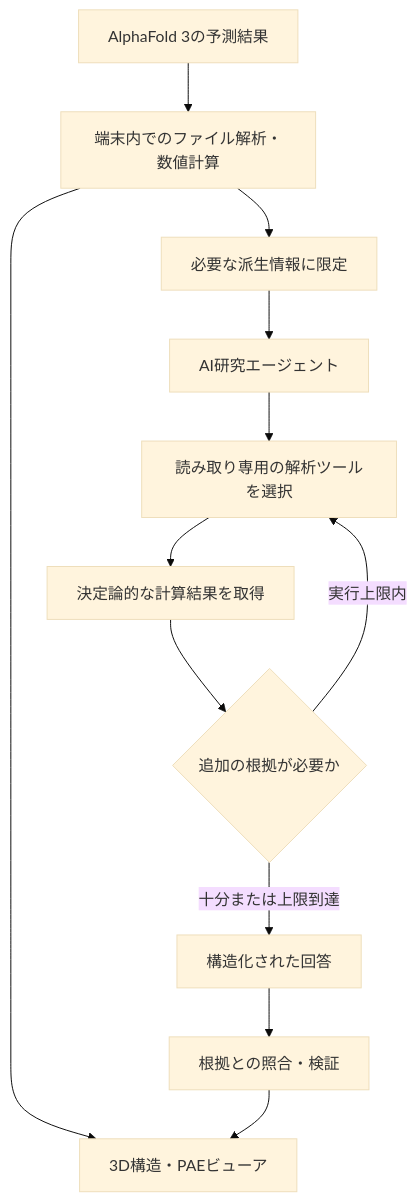
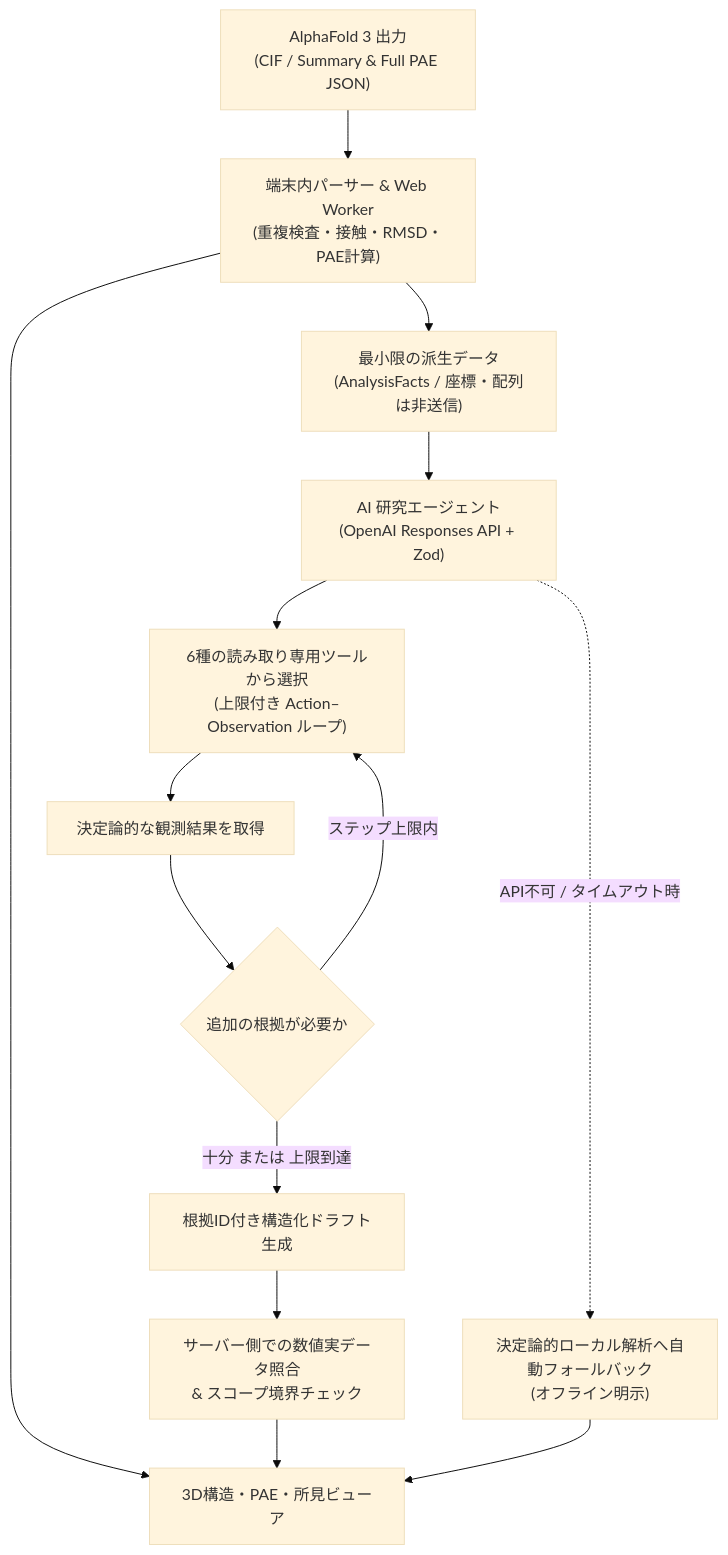
The diagram in README.md (Shunsuke-max/foldlens-portfolio), drawn with Mermaid (base theme) before and after one commit. The commit also changed other lines of this file and 1 other file, not shown here.

Commit message:
Elevate JP/EN portfolio READMEs with deterministic metrics, quality gate, and 6-tool agent architecture

````diff
--- a/README.md
+++ b/README.md
@@ -70,14 +86,16 @@
 ```mermaid
 flowchart TD
-    A["AlphaFold 3の予測結果"] --> B["端末内でのファイル解析・数値計算"]
-    B --> C["必要な派生情報に限定"]
-    B --> D["3D構造・PAEビューア"]
-    C --> E["AI研究エージェント"]
-    E --> F["読み取り専用の解析ツールを選択"]
-    F --> G["決定論的な計算結果を取得"]
+    A["AlphaFold 3 出力<br/>(CIF / Summary & Full PAE JSON)"] --> B["端末内パーサー & Web Worker<br/>(重複検査・接触・RMSD・PAE計算)"]
+    B --> C["最小限の派生データ<br/>(AnalysisFacts / 座標・配列は非送信)"]
+    B --> D["3D構造・PAE・所見ビューア"]
+    C --> E["AI 研究エージェント<br/>(OpenAI Responses API + Zod)"]
+    E --> F["6種の読み取り専用ツールから選択<br/>(上限付き Action–Observation ループ)"]
+    F --> G["決定論的な観測結果を取得"]
     G --> H{"追加の根拠が必要か"}
-    H -->|実行上限内| F
-    H -->|十分または上限到達| I["構造化された回答"]
-    I --> J["根拠との照合・検証"]
+    H -->|ステップ上限内| F
+    H -->|十分 または 上限到達| I["根拠ID付き構造化ドラフト生成"]
+    I --> J["サーバー側での数値実データ照合<br/>& スコープ境界チェック"]
     J --> D
+    E -. "API不可 / タイムアウト時" .-> K["決定論的ローカル解析へ自動フォールバック<br/>(オフライン明示)"]
+    K --> D
 ```
````
